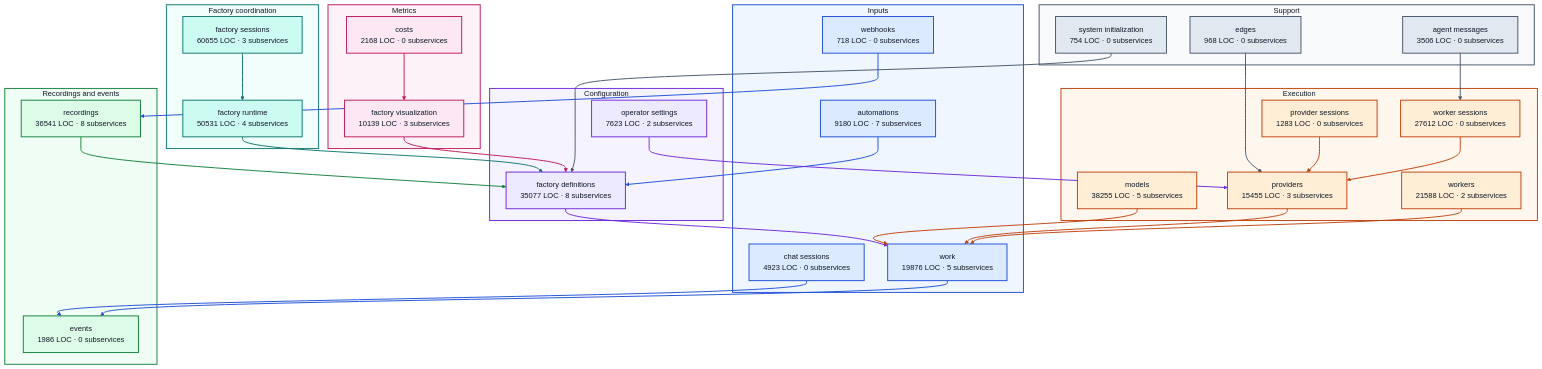
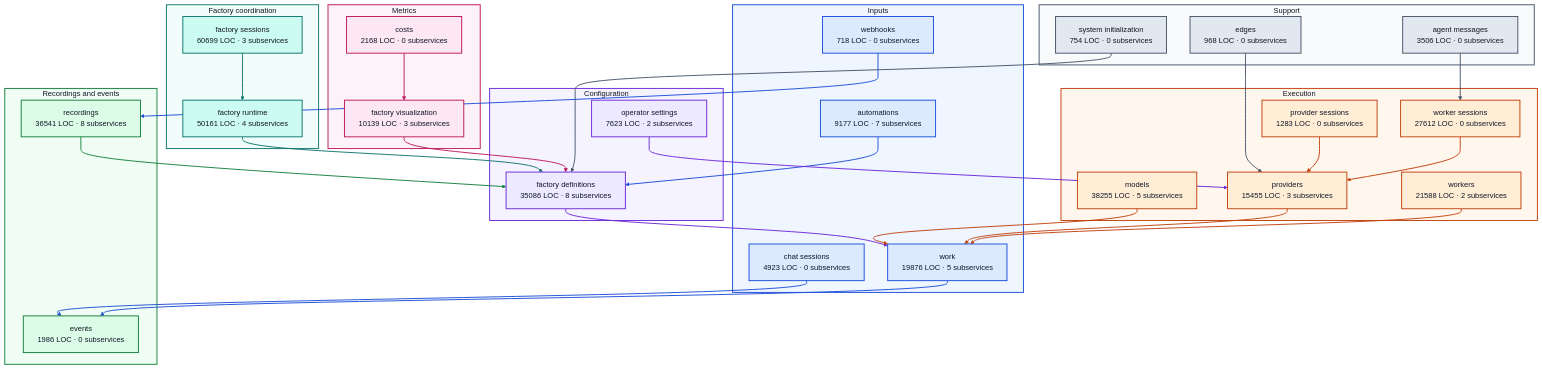
One commit to portpowered/you-agent-factory changed the diagram in docs/architecture/visualizations/high-level-backend.md. Above: the diagram before and after it, drawn with Mermaid. The commit also changed other lines of this file and 21 other files, not shown here.

Commit message:
docs: refresh backend architecture visualizations

````diff
--- a/docs/architecture/visualizations/high-level-backend.md
+++ b/docs/architecture/visualizations/high-level-backend.md
@@ -3,18 +3,18 @@
 ```mermaid
 flowchart TB
   subgraph input["Inputs"]
-    s_services_automations["automations<br/>9180 LOC · 7 subservices"]
+    s_services_automations["automations<br/>9177 LOC · 7 subservices"]
     s_services_chat_sessions["chat sessions<br/>4923 LOC · 0 subservices"]
     s_services_webhooks["webhooks<br/>718 LOC · 0 subservices"]
     s_services_work["work<br/>19876 LOC · 5 subservices"]
   end
   subgraph configuration["Configuration"]
-    s_services_factory_definitions["factory definitions<br/>35077 LOC · 8 subservices"]
+    s_services_factory_definitions["factory definitions<br/>35086 LOC · 8 subservices"]
     s_services_operator_settings["operator settings<br/>7623 LOC · 2 subservices"]
   end
   subgraph coordination["Factory coordination"]
-    s_services_factory_runtime["factory runtime<br/>50531 LOC · 4 subservices"]
-    s_services_factory_sessions["factory sessions<br/>60655 LOC · 3 subservices"]
+    s_services_factory_runtime["factory runtime<br/>50161 LOC · 4 subservices"]
+    s_services_factory_sessions["factory sessions<br/>60699 LOC · 3 subservices"]
   end
   subgraph execution["Execution"]
     s_services_models["models<br/>38255 LOC · 5 subservices"]
````
